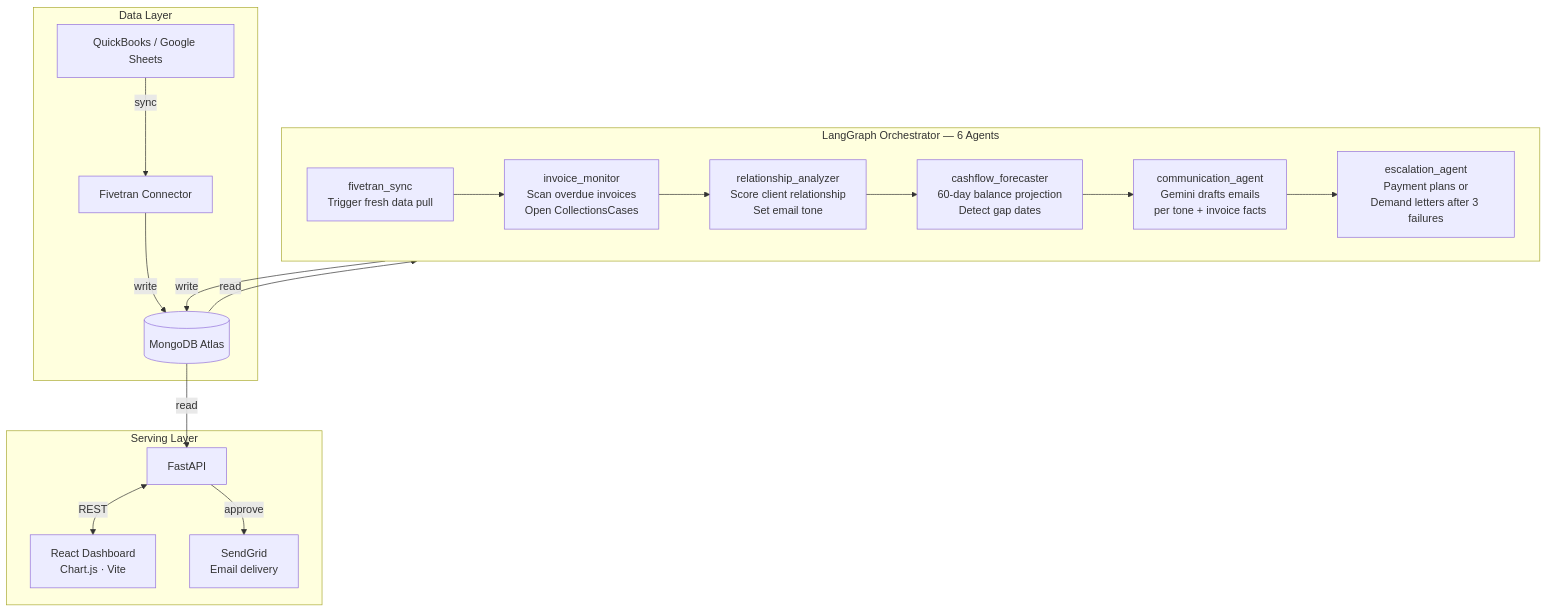
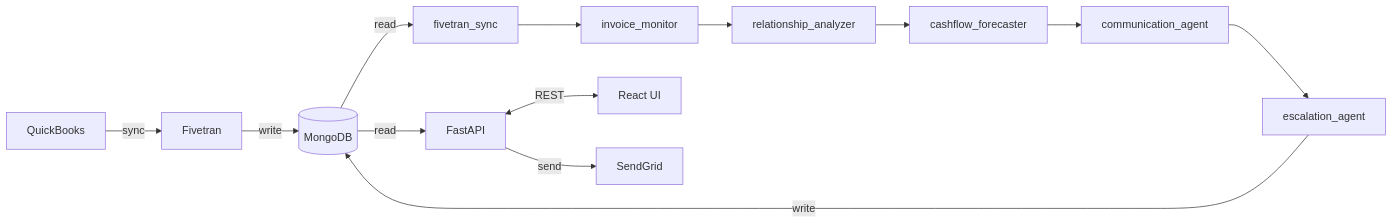
One commit to sivasundharam/cashguard changed the first of 5 diagrams in README.md. Above: the diagram before and after it, drawn with Mermaid. The commit also changed other lines of this file, not shown here.

Commit message:
docs: simplify Mermaid diagrams with short labels to fix text clipping

````diff
--- a/README.md
+++ b/README.md
@@ -17,31 +17,16 @@
 ```mermaid
-flowchart TD
-    subgraph Data["Data Layer"]
-        QBO["QuickBooks / Google Sheets"]
-        FT["Fivetran Connector"]
-        MONGO[("MongoDB Atlas")]
-        QBO -->|sync| FT -->|write| MONGO
-    end
+flowchart LR
+    QBO["QuickBooks"] -->|sync| FT["Fivetran"] -->|write| DB[("MongoDB")]
 
-    subgraph Pipeline["LangGraph Orchestrator — 6 Agents"]
-        A1["fivetran_sync<br/>Trigger fresh data pull"]
-        A2["invoice_monitor<br/>Scan overdue invoices<br/>Open CollectionsCases"]
-        A3["relationship_analyzer<br/>Score client relationship<br/>Set email tone"]
-        A4["cashflow_forecaster<br/>60-day balance projection<br/>Detect gap dates"]
-        A5["communication_agent<br/>Gemini drafts emails<br/>per tone + invoice facts"]
-        A6["escalation_agent<br/>Payment plans or<br/>Demand letters after 3 failures"]
-        A1 --> A2 --> A3 --> A4 --> A5 --> A6
-    end
+    DB -->|read| N1["fivetran_sync"]
+    N1 --> N2["invoice_monitor"]
+    N2 --> N3["relationship_analyzer"]
+    N3 --> N4["cashflow_forecaster"]
+    N4 --> N5["communication_agent"]
+    N5 --> N6["escalation_agent"]
+    N6 -->|write| DB
 
-    subgraph Serving["Serving Layer"]
-        API["FastAPI"]
-        UI["React Dashboard<br/>Chart.js · Vite"]
-        SG["SendGrid<br/>Email delivery"]
-        API <-->|REST| UI
-        API -->|approve| SG
-    end
-
-    MONGO -->|read| Pipeline
-    Pipeline -->|write| MONGO
-    MONGO -->|read| API
+    DB -->|read| API["FastAPI"]
+    API <-->|REST| UI["React UI"]
+    API -->|send| SG["SendGrid"]
 ```
````
